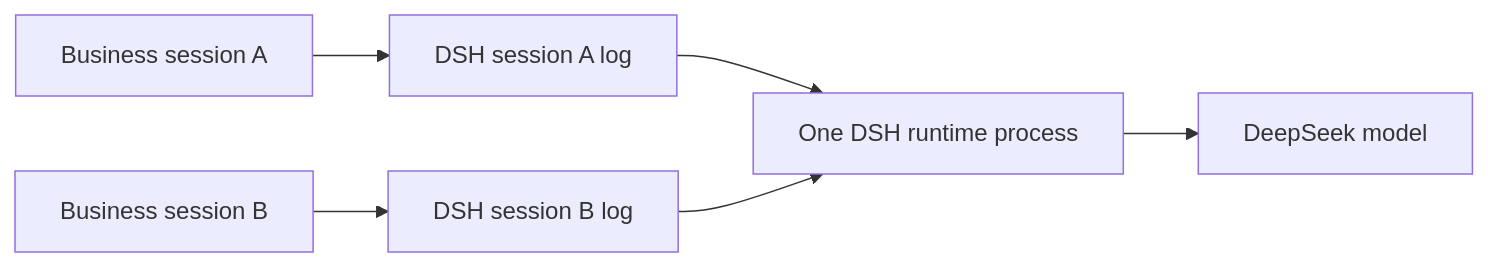
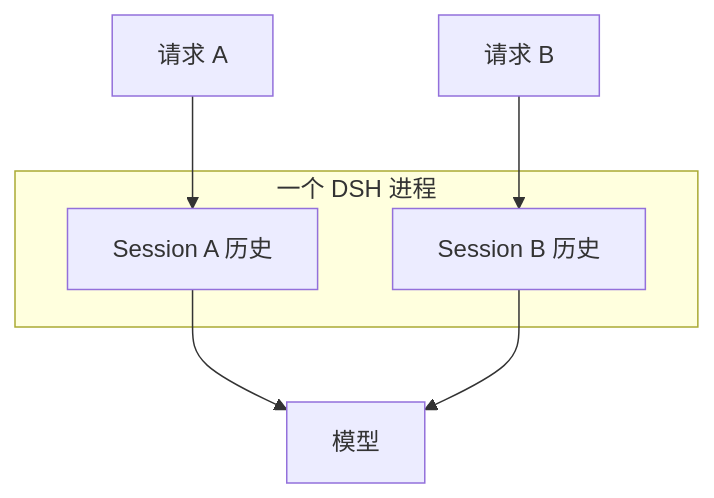
Before and after one commit to eriklee1895/hands-on-dsh: the diagram in tutorials/fastapi-101/src/dsh_fastapi_101/static/tutorials/03-multi-turn-session.md, drawn with Mermaid. The commit also changed other lines of this file and 86 other files, not shown here.

Commit message:
docs: improve course narrative, technical guidance, and diagrams

````diff
--- a/tutorials/fastapi-101/src/dsh_fastapi_101/static/tutorials/03-multi-turn-session.md
+++ b/tutorials/fastapi-101/src/dsh_fastapi_101/static/tutorials/03-multi-turn-session.md
@@ -28,9 +32,11 @@
 ```mermaid
-flowchart LR
-    Runtime[One DSH runtime process]
-    A[Business session A] --> SA[DSH session A log]
-    B[Business session B] --> SB[DSH session B log]
-    SA --> Runtime
-    SB --> Runtime
-    Runtime --> Model[DeepSeek model]
+flowchart TD
+    A[请求 A] --> SA
+    B[请求 B] --> SB
+    subgraph Runtime[一个 DSH 进程]
+        SA[Session A 历史]
+        SB[Session B 历史]
+    end
+    SA --> Model[模型]
+    SB --> Model
 ```
````
